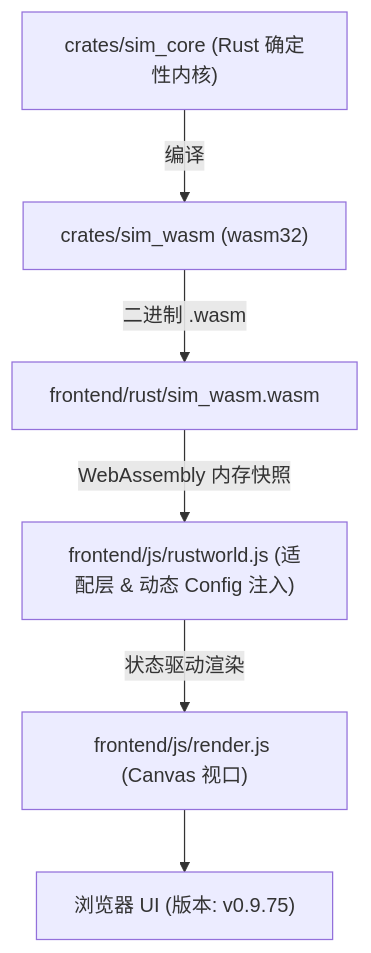
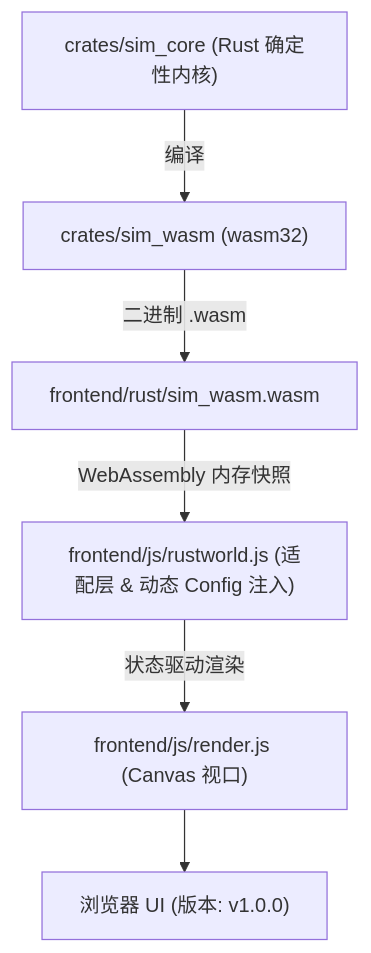
Before and after one commit to g39088902/FlowAndAccord: the diagram in AGENTS.md, drawn with Mermaid. The commit also changed other lines of this file and 3 other files, not shown here.

````diff
--- a/AGENTS.md
+++ b/AGENTS.md
@@ -45,8 +45,8 @@
 ```mermaid
 graph TD
     A["crates/sim_core (Rust 确定性内核)"] -->|编译| B["crates/sim_wasm (wasm32)"]
     B -->|二进制 .wasm| C["frontend/rust/sim_wasm.wasm"]
     C -->|WebAssembly 内存快照| D["frontend/js/rustworld.js (适配层 & 动态 Config 注入)"]
     D -->|状态驱动渲染| E["frontend/js/render.js (Canvas 视口)"]
-    E --> F["浏览器 UI (版本: v0.9.75)"]
+    E --> F["浏览器 UI (版本: v1.0.0)"]
 ```
````
